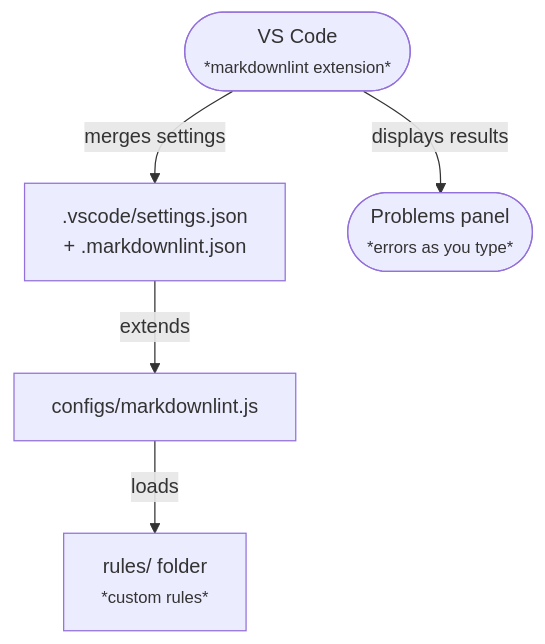
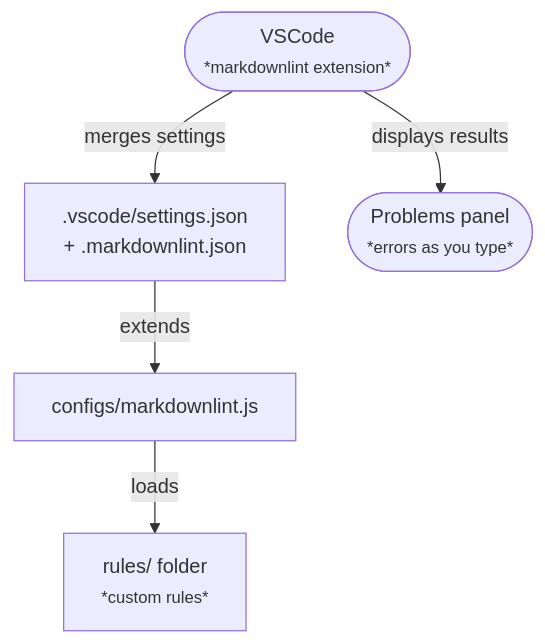
The third of 4 diagrams in docs/reference/interactions.md (kynoptic/markdownlint-trap), drawn with Mermaid before and after one commit. The commit also changed other lines of this file and 4 other files, not shown here.

````diff
--- a/docs/reference/interactions.md
+++ b/docs/reference/interactions.md
@@ -77,14 +77,14 @@
 ```mermaid
 flowchart TD
 
-  VSCode(["VS Code<br/><small>*markdownlint extension*</small>"])
+  VSCode(["VSCode<br/><small>*markdownlint extension*</small>"])
   LocalSettings[".vscode/settings.json<br/>+ .markdownlint.json"]
   WorkspaceConfig["configs/markdownlint.js"]
   Rules["rules/ folder<br/><small>*custom rules*</small>"]
   Problems(["Problems panel<br/><small>*errors as you type*</small>"])
 
   VSCode -->|"merges settings"| LocalSettings
   LocalSettings -->|"extends"| WorkspaceConfig
   WorkspaceConfig -->|"loads"| Rules
   VSCode -->|"displays results"| Problems
 ```
````
